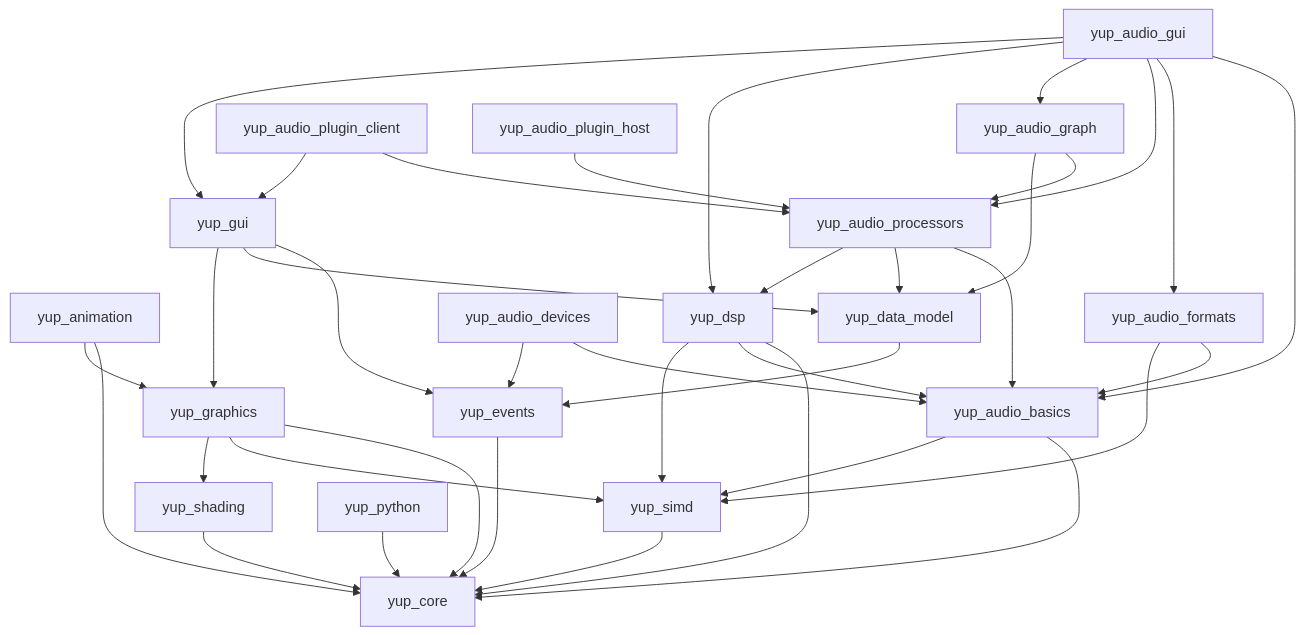
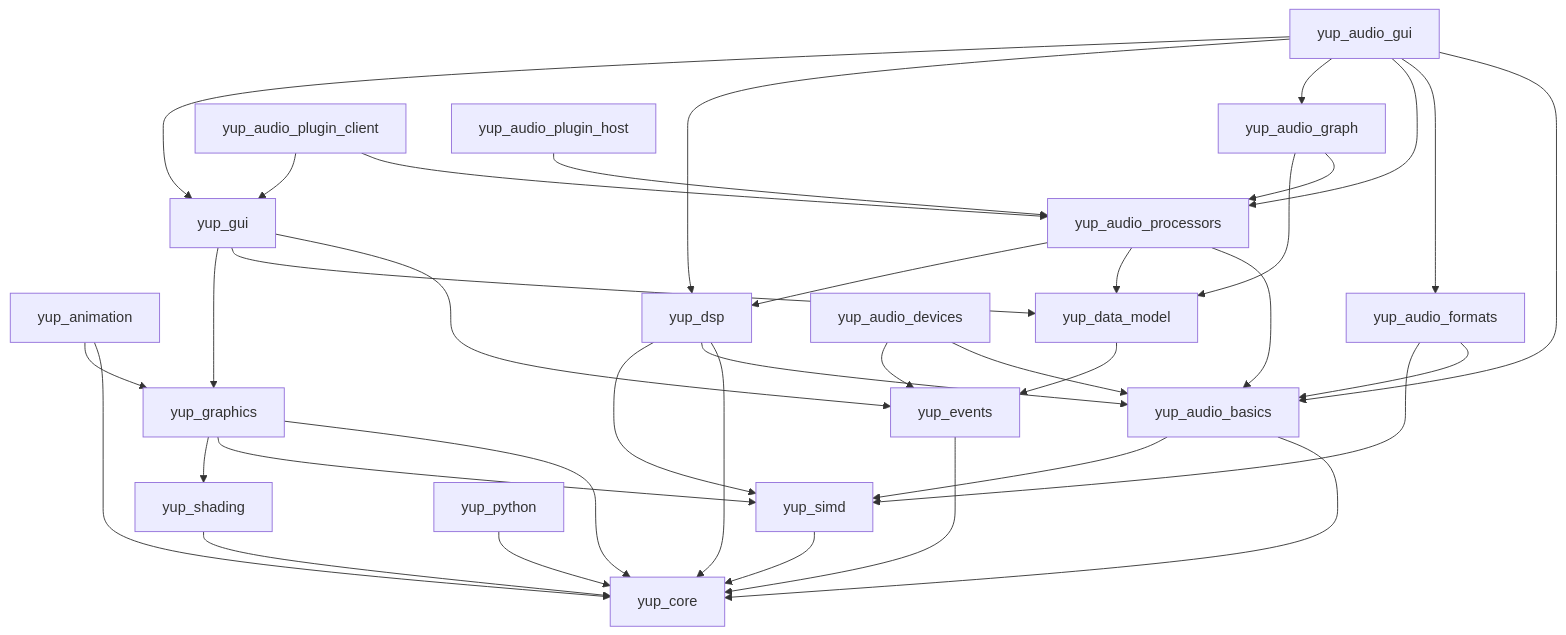
One commit to kunitoki/yup changed diagram 19 of 19 in docs/modules.md. Above: the diagram before and after it, drawn with Mermaid. The commit also changed other lines of this file and 6 other files, not shown here.

````diff
--- a/docs/modules.md
+++ b/docs/modules.md
@@ -92,71 +296,52 @@
 ```mermaid
 flowchart TD
-    core[yup_core]
-    simd[yup_simd]
-    events[yup_events]
-    shading[yup_shading]
-    graphics[yup_graphics]
-    animation[yup_animation]
-    data[yup_data_model]
-    gui[yup_gui]
-    dsp[yup_dsp]
-    ab[yup_audio_basics]
-    adev[yup_audio_devices]
-    afmt[yup_audio_formats]
-    aproc[yup_audio_processors]
-    agraph[yup_audio_graph]
-    agui[yup_audio_gui]
-    aclient[yup_audio_plugin_client]
-    ahost[yup_audio_plugin_host]
-    python[yup_python]
+    simd[yup_simd] --> core[yup_core]
+    events[yup_events] --> core
+    shading[yup_shading] --> core
+    python[yup_python] --> core
 
-    simd --> core
-    events --> core
-    shading --> core
-    python --> core
-
-    graphics --> core
+    graphics[yup_graphics] --> core
     graphics --> simd
     graphics --> shading
 
-    animation --> core
+    animation[yup_animation] --> core
     animation --> graphics
 
-    data --> events
+    data[yup_data_model] --> events
 
-    gui --> events
+    gui[yup_gui] --> events
     gui --> data
     gui --> graphics
 
-    ab --> core
+    ab[yup_audio_basics] --> core
     ab --> simd
 
-    dsp --> core
+    dsp[yup_dsp] --> core
     dsp --> ab
     dsp --> simd
 
-    afmt --> ab
+    afmt[yup_audio_formats] --> ab
     afmt --> simd
 
-    adev --> ab
+    adev[yup_audio_devices] --> ab
     adev --> events
 
-    aproc --> ab
+    aproc[yup_audio_processors] --> ab
     aproc --> data
     aproc --> dsp
 
-    agraph --> aproc
+    agraph[yup_audio_graph] --> aproc
     agraph --> data
 
-    aclient --> aproc
+    aclient[yup_audio_plugin_client] --> aproc
     aclient --> gui
 
-    ahost --> aproc
+    ahost[yup_audio_plugin_host] --> aproc
 
-    agui --> ab
+    agui[yup_audio_gui] --> ab
     agui --> afmt
     agui --> aproc
     agui --> agraph
     agui --> dsp
     agui --> gui
 ```
````
